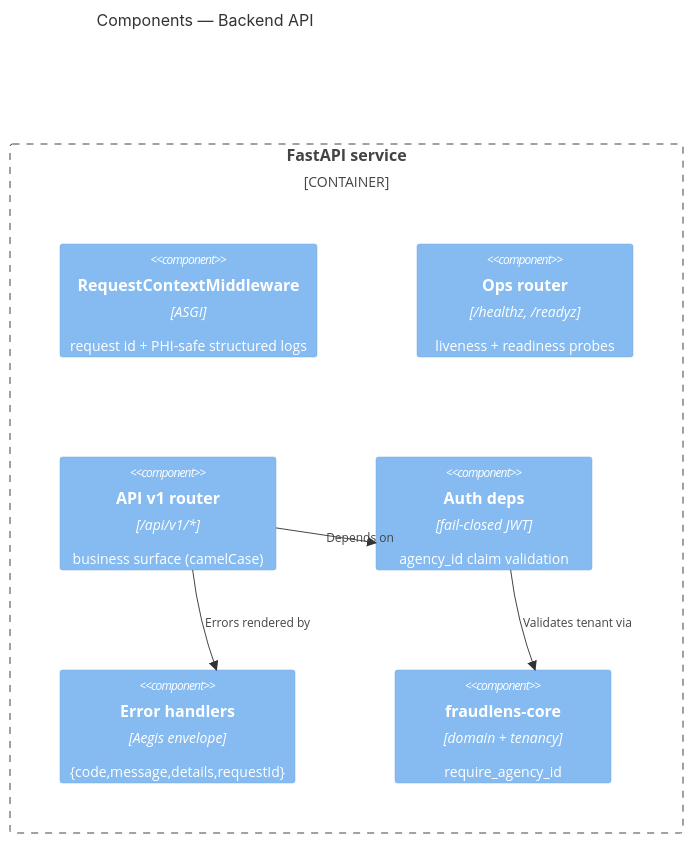
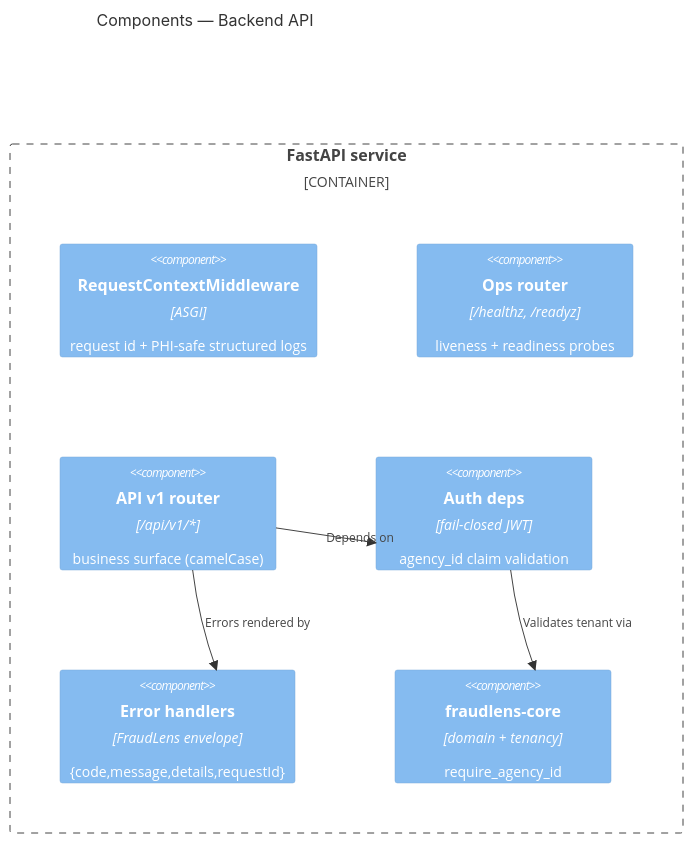
Before and after one commit to Kartik-Hirijaganer/FraudLens: the third of 8 diagrams in docs/architecture/ARCHITECTURE.md, drawn with Mermaid. The commit also changed other lines of this file and 26 other files, not shown here.

First line of the commit message:
chore: update documentation and governance references from Aegis to FraudLens across multiple files

````diff
--- a/docs/architecture/ARCHITECTURE.md
+++ b/docs/architecture/ARCHITECTURE.md
@@ -49,15 +49,15 @@
 ```mermaid
 C4Component
     title Components — Backend API
     Container_Boundary(api, "FastAPI service") {
         Component(mw, "RequestContextMiddleware", "ASGI", "request id + PHI-safe structured logs")
         Component(ops, "Ops router", "/healthz, /readyz", "liveness + readiness probes")
         Component(v1, "API v1 router", "/api/v1/*", "business surface (camelCase)")
         Component(deps, "Auth deps", "fail-closed JWT", "agency_id claim validation")
-        Component(errors, "Error handlers", "Aegis envelope", "{code,message,details,requestId}")
+        Component(errors, "Error handlers", "FraudLens envelope", "{code,message,details,requestId}")
         Component(core, "fraudlens-core", "domain + tenancy", "require_agency_id")
     }
     Rel(v1, deps, "Depends on")
     Rel(deps, core, "Validates tenant via")
     Rel(v1, errors, "Errors rendered by")
 ```
````
